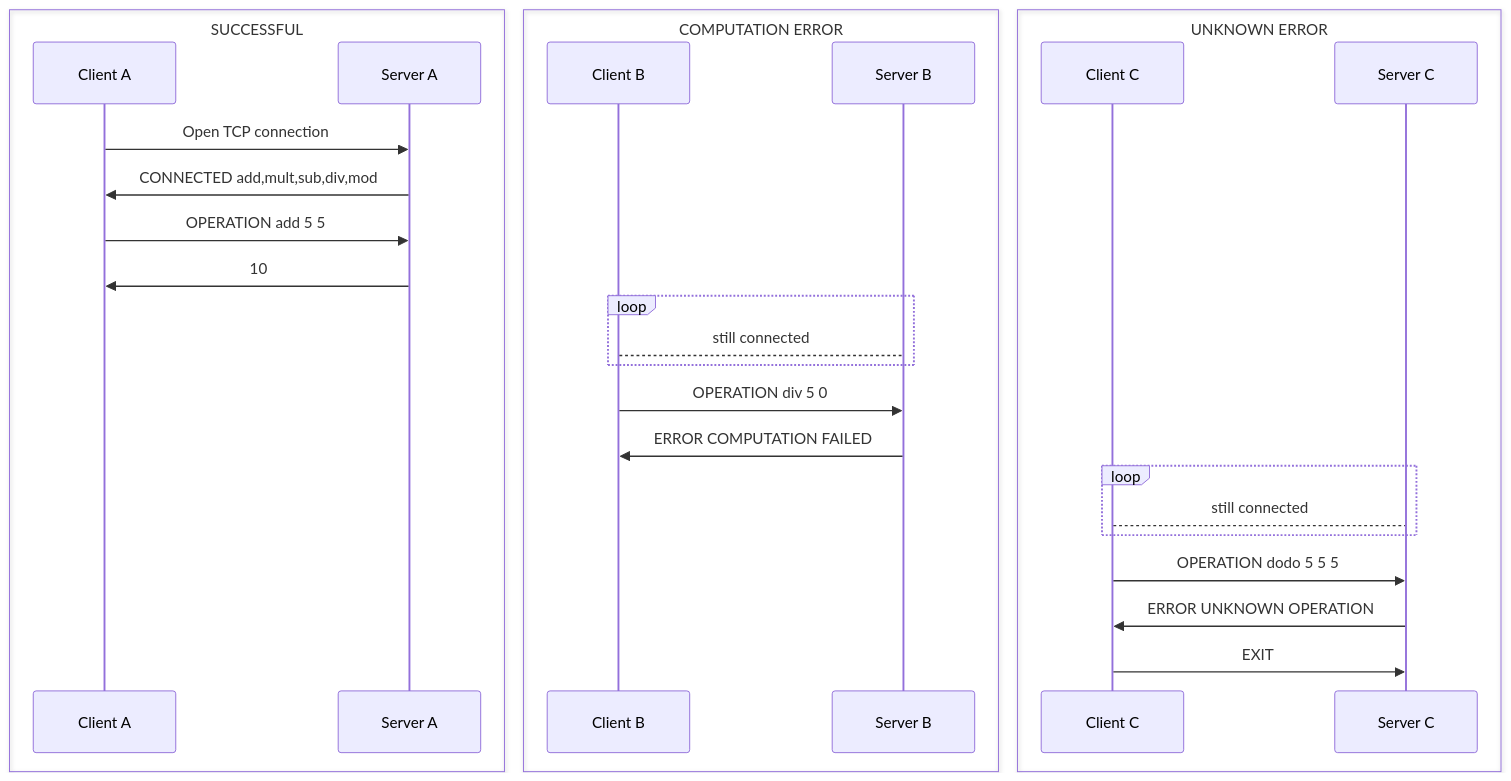
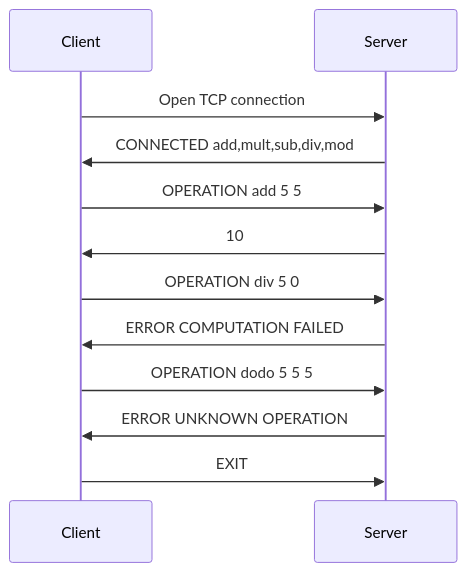
Before and after one commit to HEIGVD-Course-DAI/dai-lab-protocoldesign: the diagram in specs/Vicky_Valentino/protocol.md, drawn with Mermaid.

````diff
--- a/specs/Vicky_Valentino/protocol.md
+++ b/specs/Vicky_Valentino/protocol.md
@@ -23,32 +23,16 @@
 ```mermaid
 sequenceDiagram
-box SUCCESSFUL
-participant Client A
-participant Server A
-end
-box COMPUTATION ERROR
-participant Client B
-participant Server B
-end
-box UNKNOWN ERROR
-participant Client C
-participant Server C
-end
 
-Client A ->> Server A: Open TCP connection
-Server A ->> Client A: CONNECTED add,mult,sub,div,mod
-Client A ->> Server A: OPERATION add 5 5
-Server A ->> Client A: 10
-loop 
-   Client B-->Server B: still connected
-end
-Client B ->> Server B: OPERATION div 5 0
-Server B ->> Client B: ERROR COMPUTATION FAILED
-loop 
-   Client C-->Server C: still connected
-end
-Client C ->> Server C: OPERATION dodo 5 5 5
-Server C ->> Client C: ERROR UNKNOWN OPERATION
+Client  ->> Server : Open TCP connection
+Server  ->> Client : CONNECTED add,mult,sub,div,mod
+Client  ->> Server : OPERATION add 5 5
+Server  ->> Client : 10
 
-Client C ->> Server C: EXIT
+Client  ->> Server : OPERATION div 5 0
+Server  ->> Client : ERROR COMPUTATION FAILED
+
+Client  ->> Server : OPERATION dodo 5 5 5
+Server  ->> Client : ERROR UNKNOWN OPERATION
+
+Client  ->> Server : EXIT
 ```
````
